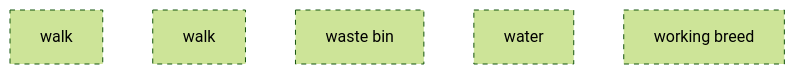
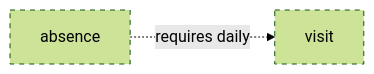
Before and after one commit to belaboros/DomainAiAssistant: diagram 12 of 36 in data/ontology-pets-and-house-rules/03_release/00_raw/level-2.md, drawn with Mermaid (forest theme). The commit also changed other lines of this file and 302 other files, not shown here.

````diff
--- a/data/ontology-pets-and-house-rules/03_release/00_raw/level-2.md
+++ b/data/ontology-pets-and-house-rules/03_release/00_raw/level-2.md
@@ -163,10 +236,8 @@
 ```mermaid
-flowchart TB
+flowchart LR
     classDef draft stroke-dasharray: 5 5
-    cn_01M82GPTF0J0A1WWEWDR3G29FM["walk"]
-    cn_01M82GQHZCWYDZ4FY134N19HRD["walk"]
-    cn_01M82GQHZCWYDZ4FY134N19HRF["waste bin"]
-    cn_01M82GSR24145KC6KF8V0HWF9J["water"]
-    cn_01M82GQHZCWYDZ4FY134N19HRC["working breed"]
-    class cn_01M82GPTF0J0A1WWEWDR3G29FM,cn_01M82GQHZCWYDZ4FY134N19HRD,cn_01M82GQHZCWYDZ4FY134N19HRF,cn_01M82GSR24145KC6KF8V0HWF9J,cn_01M82GQHZCWYDZ4FY134N19HRC draft
+    cn_01M82H3S04Z53GFAPY01PTT047["absence"]
+    cn_01M82H3S04Z53GFAPY01PTT048["visit"]
+    cn_01M82H3S04Z53GFAPY01PTT047 -. "requires daily" .-> cn_01M82H3S04Z53GFAPY01PTT048
+    class cn_01M82H3S04Z53GFAPY01PTT047,cn_01M82H3S04Z53GFAPY01PTT048 draft
 ```
````
